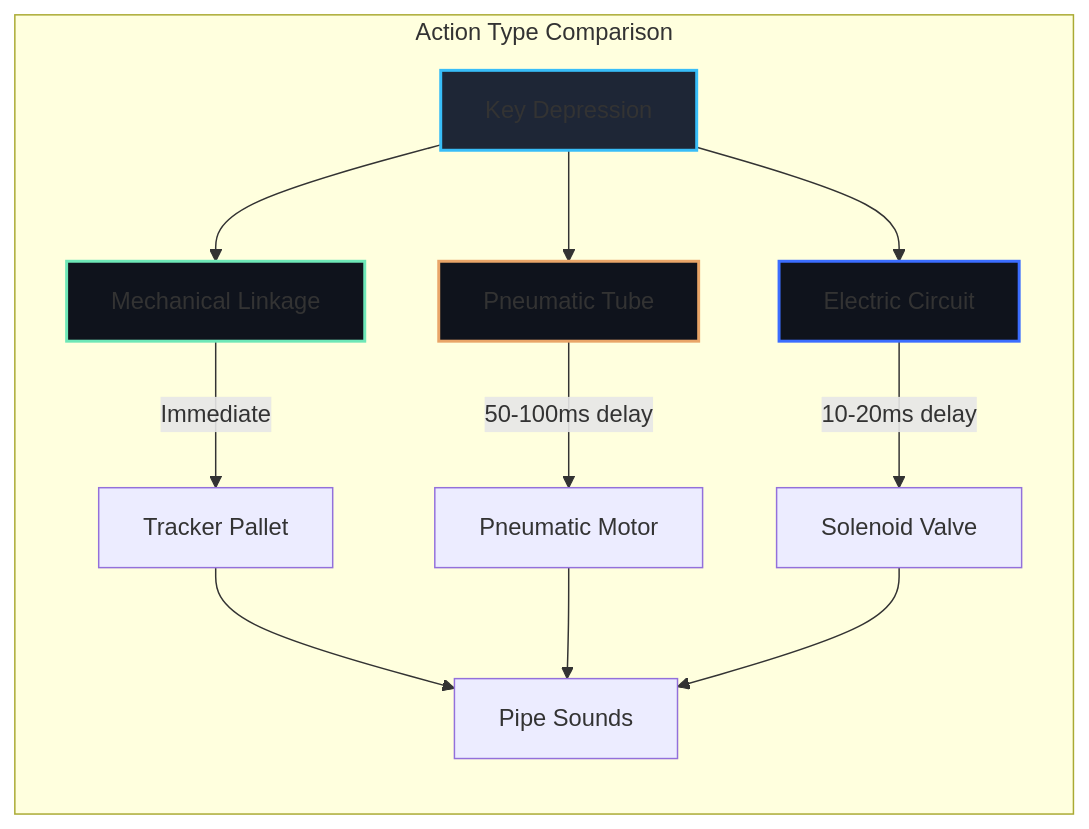
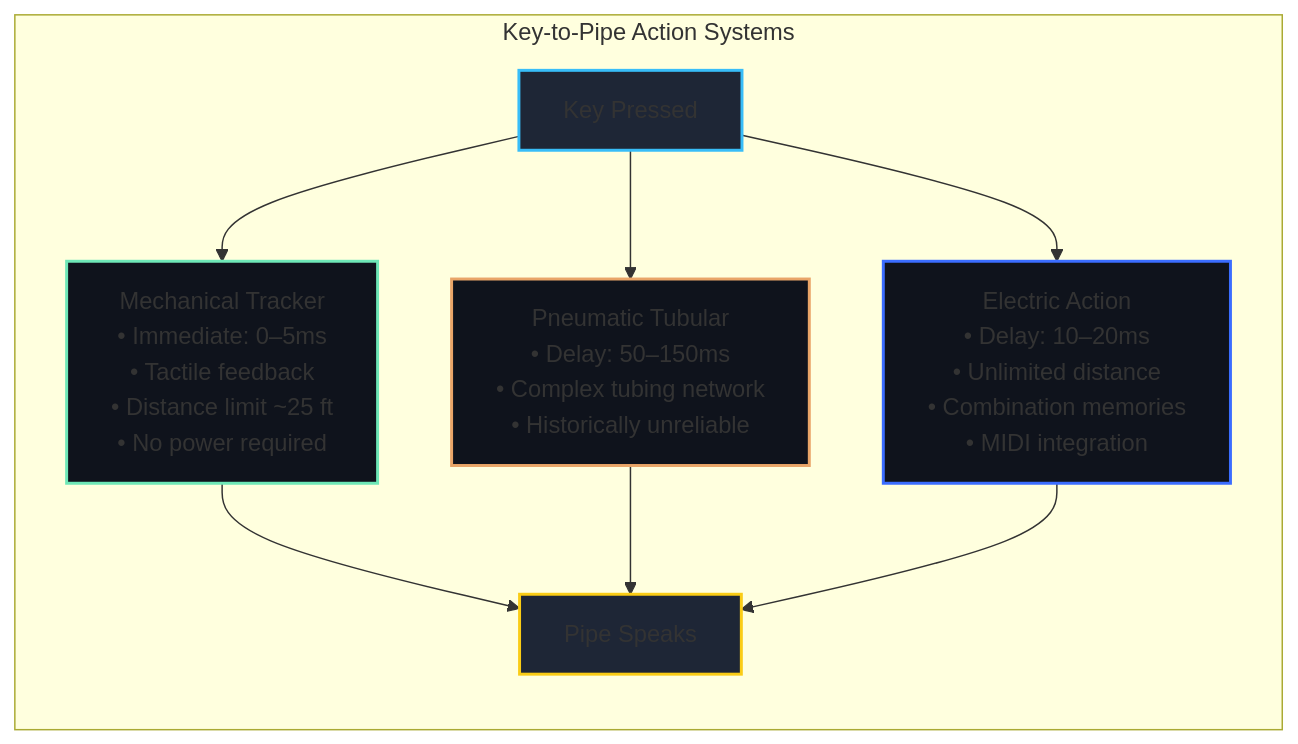
Before and after one commit to blebleblee/synapse: the third of 8 diagrams in topics/arts/music_performance/organ/lesson_01_organ_anatomy.md, drawn with Mermaid. The commit also changed other lines of this file and 4 other files, not shown here.

````diff
--- a/topics/arts/music_performance/organ/lesson_01_organ_anatomy.md
+++ b/topics/arts/music_performance/organ/lesson_01_organ_anatomy.md
@@ -104,21 +148,18 @@
 ```mermaid
 graph LR
-    subgraph sub_action_type_comparison ["Action Type Comparison"]
-        Key[Key Depression] --> Mech[Mechanical Linkage]
-        Key --> Pneu[Pneumatic Tube]
-        Key --> Elec[Electric Circuit]
-        
-        Mech -->|Immediate| TrackerPallet[Tracker Pallet]
-        Pneu -->|"50-100ms delay"| PneumaticMotor[Pneumatic Motor]
-        Elec -->|"10-20ms delay"| Solenoid[Solenoid Valve]
-        
-        TrackerPallet --> Pipe1[Pipe Sounds]
-        PneumaticMotor --> Pipe1
-        Solenoid --> Pipe1
+    subgraph sub_action_comparison ["Key-to-Pipe Action Systems"]
+        K["Key Pressed"] --> T["Mechanical Tracker\n• Immediate: 0–5ms\n• Tactile feedback\n• Distance limit ~25 ft\n• No power required"]
+        K --> PN["Pneumatic Tubular\n• Delay: 50–150ms\n• Complex tubing network\n• Historically unreliable"]
+        K --> EL["Electric Action\n• Delay: 10–20ms\n• Unlimited distance\n• Combination memories\n• MIDI integration"]
+
+        T --> PIP["Pipe Speaks"]
+        PN --> PIP
+        EL --> PIP
     end
-    
-    style Key fill:#1E2636,stroke:#38BDF8,stroke-width:2px
-    style Mech fill:#0F131C,stroke:#6EE7B7,stroke-width:2px
-    style Pneu fill:#0F131C,stroke:#E9A568,stroke-width:2px
-    style Elec fill:#0F131C,stroke:#3B6DFF,stroke-width:2px
+
+    style K fill:#1E2636,stroke:#38BDF8,stroke-width:2px
+    style T fill:#0F131C,stroke:#6EE7B7,stroke-width:2px
+    style PN fill:#0F131C,stroke:#E9A568,stroke-width:2px
+    style EL fill:#0F131C,stroke:#3B6DFF,stroke-width:2px
+    style PIP fill:#1E2636,stroke:#FACC15,stroke-width:2px
 ```
````
